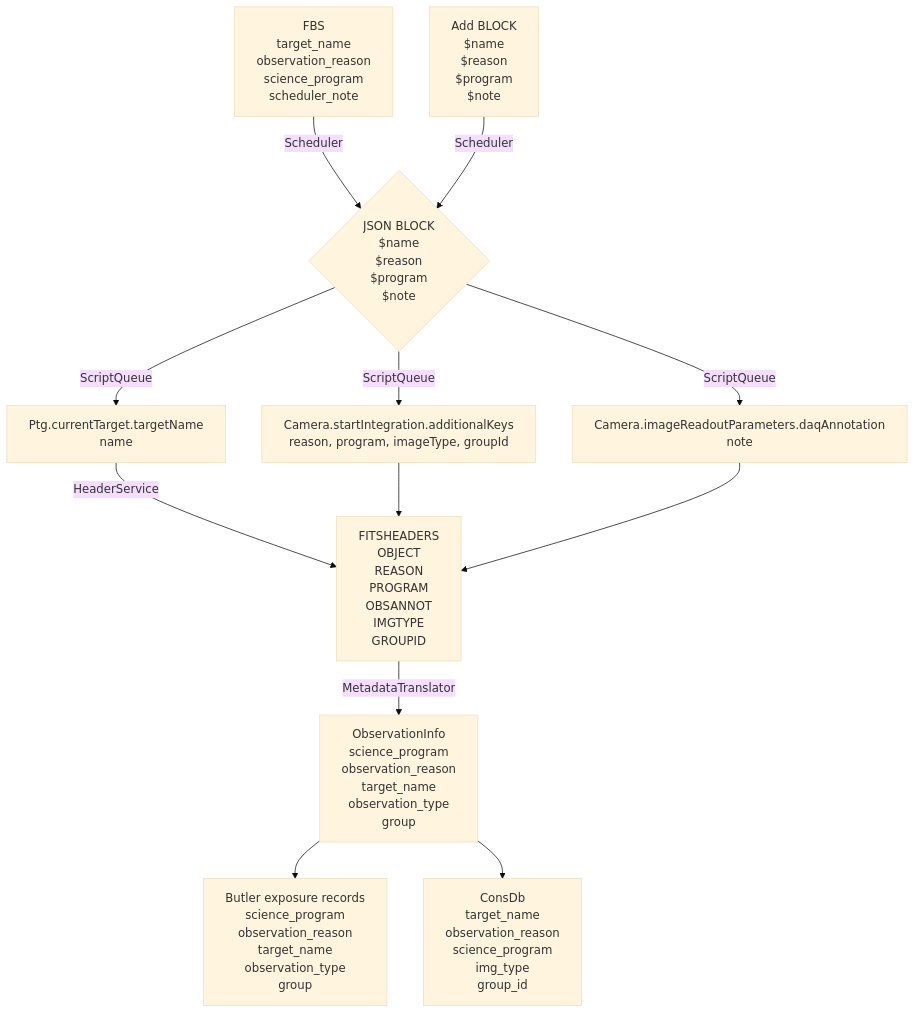
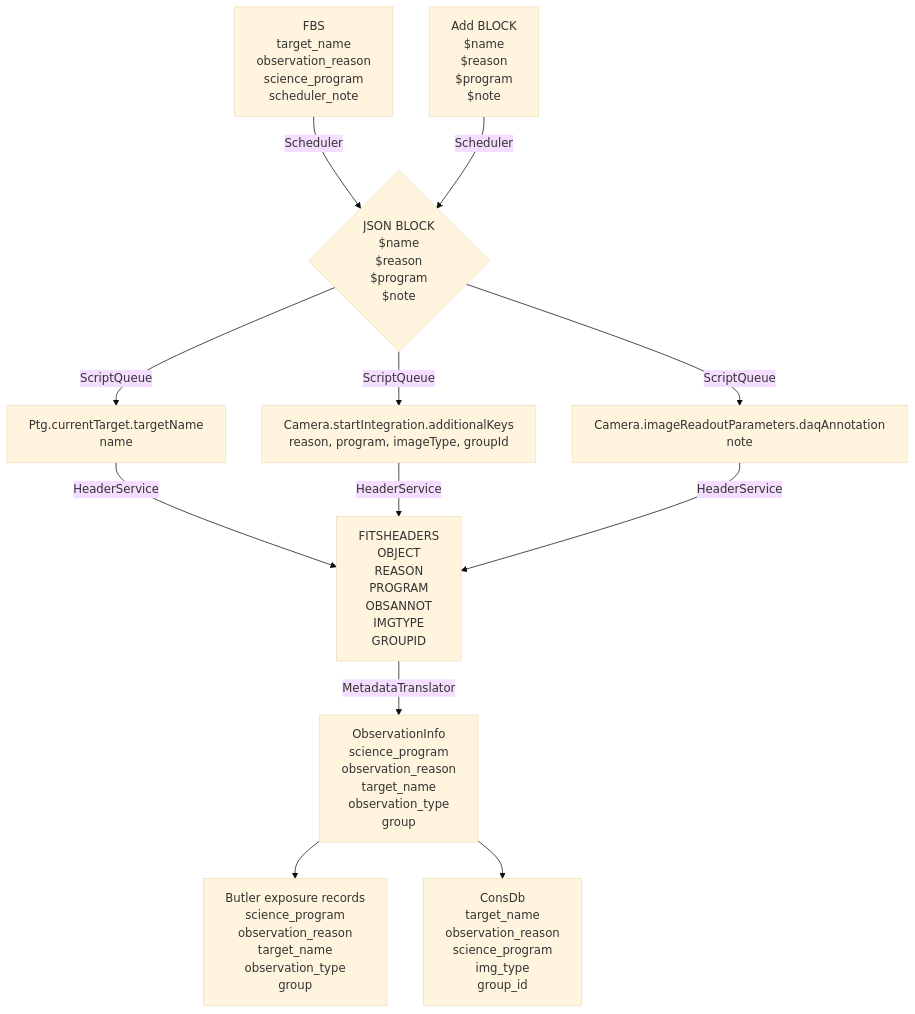
The diagram in metadata_flow.mmd (lsst/rtn-096), drawn with Mermaid (base theme) before and after one commit.

Commit message:
header service on all lines to fits headers

```diff
--- a/metadata_flow.mmd
+++ b/metadata_flow.mmd
@@ -1,14 +1,14 @@
 flowchart TD
     A[FBS <br> target_name<br> observation_reason <br> science_program <br>scheduler_note] 
     -->|Scheduler|C{JSON BLOCK <br> $name <br> $reason <br> $program <br> $note} 
     B[Add BLOCK <br> $name <br> $reason <br> $program <br> $note] 
     -->|Scheduler|C
     C -->|ScriptQueue|D[Ptg.currentTarget.targetName<br>name]
     C -->|ScriptQueue|E[Camera.startIntegration.additionalKeys<br>reason, program, imageType, groupId]
     C -->|ScriptQueue|F[Camera.imageReadoutParameters.daqAnnotation<br>note]
     D -->|HeaderService|G[FITSHEADERS<br>OBJECT<br>REASON<br>PROGRAM<br>OBSANNOT<br>IMGTYPE<br>GROUPID]
-    E -->G
-    F -->G
+    E -->|HeaderService|G
+    F -->|HeaderService|G
     G -->|MetadataTranslator|H[ObservationInfo<br>science_program<br>observation_reason<br>target_name<br>observation_type<br>group]
     H -->I[Butler exposure records<br>science_program<br>observation_reason<br>target_name<br>observation_type<br>group]
     H -->J[ConsDb<br> target_name<br> observation_reason<br>science_program<br>img_type<br>group_id]
```
